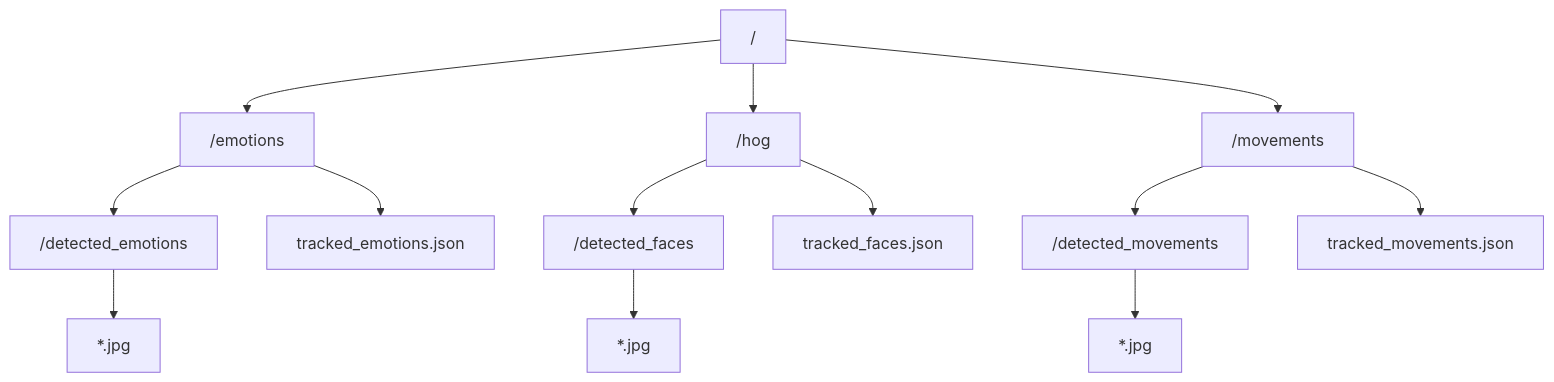
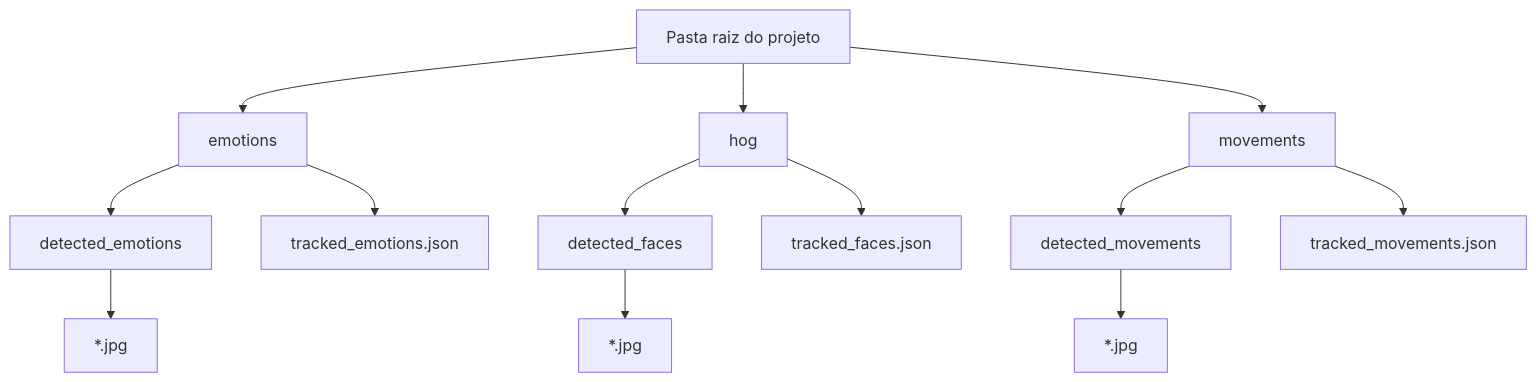
Before and after one commit to SerenityJazz/fiap-4: the first of 2 diagrams in presentation/slides.md, drawn with Mermaid. The commit also changed other lines of this file and 2 other files, not shown here.

````diff
--- a/presentation/slides.md
+++ b/presentation/slides.md
@@ -82,17 +85,17 @@
 ```mermaid
 graph TD
-  A["/"] --> B["/emotions"]
-  B --> C["/detected_emotions"]
+  A["Pasta raiz do projeto"] --> B["emotions"]
+  B --> C["detected_emotions"]
   C --> D[*.jpg]
   B --> E[tracked_emotions.json]
   
-  A --> F["/hog"]
-  F --> G["/detected_faces"]
+  A --> F["hog"]
+  F --> G["detected_faces"]
   G --> H[*.jpg]
   F --> I[tracked_faces.json]
 
-  A --> J["/movements"]
-  J --> K["/detected_movements"]
+  A --> J["movements"]
+  J --> K["detected_movements"]
   K --> L[*.jpg]
   J --> M[tracked_movements.json]
 ```
````
